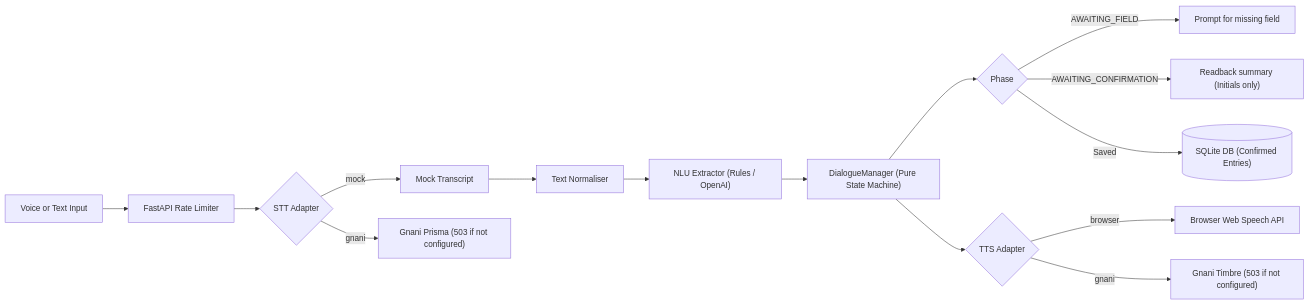
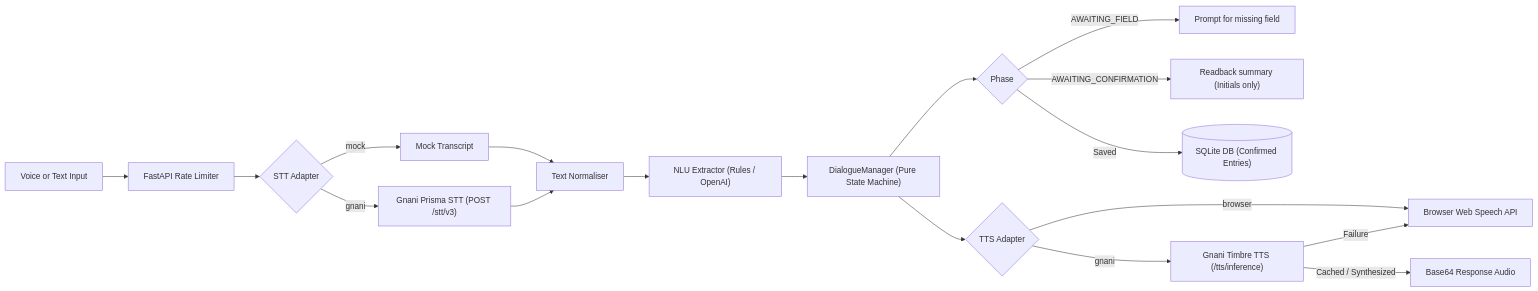
Before and after one commit to codewithzubair07/didinotes: the diagram in README.md, drawn with Mermaid. The commit also changed other lines of this file and 17 other files, not shown here.

Commit message:
Gnani Prisma STT and Timbre TTS adapters

````diff
--- a/README.md
+++ b/README.md
@@ -161,17 +178,20 @@
 ```mermaid
 flowchart LR
     A["Voice or Text Input"] --> B["FastAPI Rate Limiter"]
     B --> C{"STT Adapter"}
     C -->|mock| D["Mock Transcript"]
-    C -->|gnani| G["Gnani Prisma (503 if not configured)"]
+    C -->|gnani| G["Gnani Prisma STT (POST /stt/v3)"]
     D --> E["Text Normaliser"]
+    G --> E
     E --> F["NLU Extractor (Rules / OpenAI)"]
     F --> H["DialogueManager (Pure State Machine)"]
     H --> I{"Phase"}
     I -->|AWAITING_FIELD| J["Prompt for missing field"]
     I -->|AWAITING_CONFIRMATION| K["Readback summary (Initials only)"]
     I -->|Saved| L[("SQLite DB (Confirmed Entries)")]
     H --> M{"TTS Adapter"}
     M -->|browser| N["Browser Web Speech API"]
-    M -->|gnani| O["Gnani Timbre (503 if not configured)"]
+    M -->|gnani| O["Gnani Timbre TTS (/tts/inference)"]
+    O -->|Cached / Synthesized| P["Base64 Response Audio"]
+    O -->|Failure| N
 ```
````
